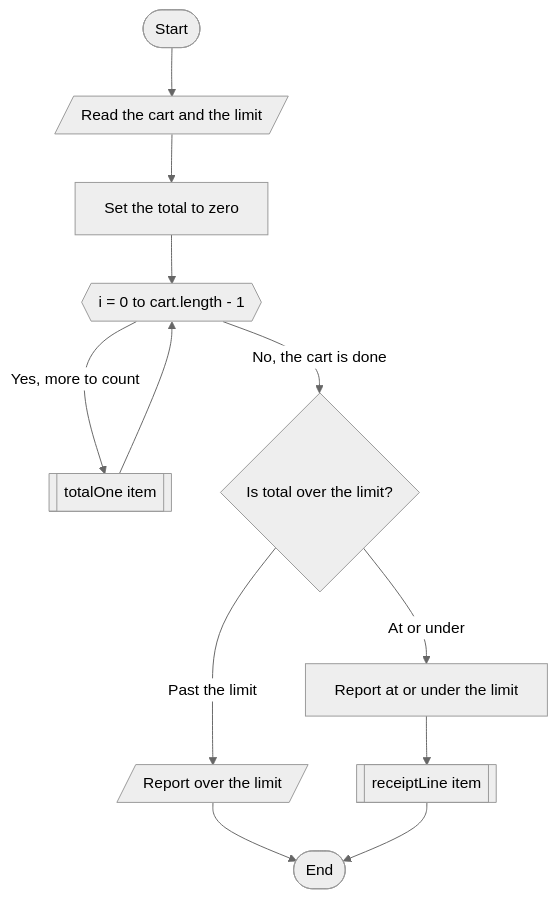
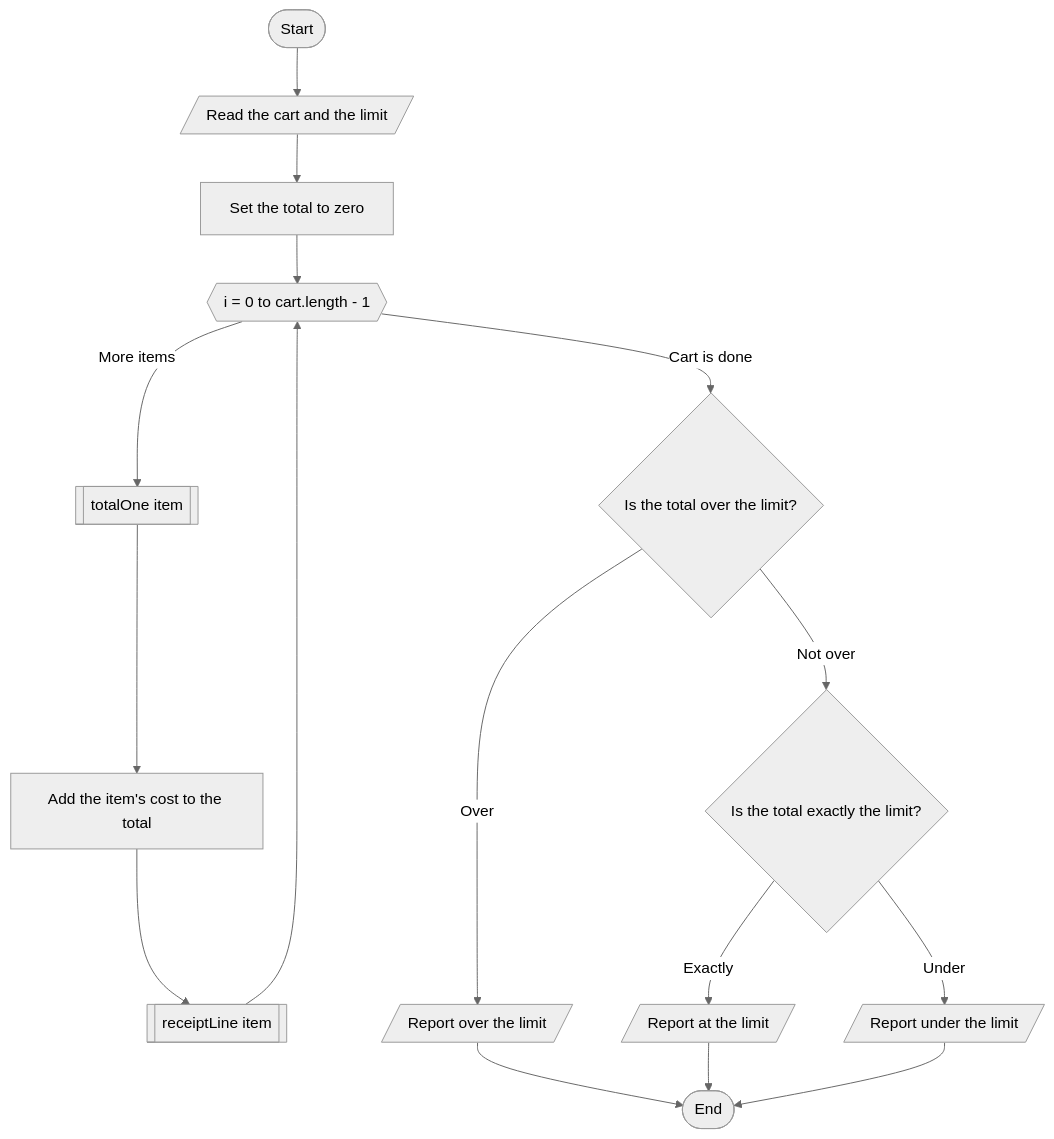
The diagram in lessons/3-10-4-ch3-individual-pa-chart-it/solution/chart-price-check.mmd (shuff57/shCode), drawn with Mermaid (neutral theme) before and after one commit. The commit also changed 5 other files, not shown here.

First line of the commit message:
fix(tests): reference charts match their own problems; 2.7.4 page says a switch is chained diamonds

```diff
--- a/lessons/3-10-4-ch3-individual-pa-chart-it/solution/chart-price-check.mmd
+++ b/lessons/3-10-4-ch3-individual-pa-chart-it/solution/chart-price-check.mmd
@@ -1,22 +1,29 @@
 flowchart TD
   A([Start])
   B[/Read the cart and the limit/]
   C[Set the total to zero]
   D{{i = 0 to cart.length - 1}}
-  F[[totalOne item]]
-  G{Is total over the limit?}
-  H[/Report over the limit/]
-  I[Report at or under the limit]
-  J[[receiptLine item]]
+  E[[totalOne item]]
+  F[Add the item's cost to the total]
+  G[[receiptLine item]]
+  H{Is the total over the limit?}
+  I[/Report over the limit/]
+  J{Is the total exactly the limit?}
+  K[/Report at the limit/]
+  L[/Report under the limit/]
   Z([End])
   A --> B
   B --> C
   C --> D
-  D -- "Yes, more to count" --> F
-  F --> D
-  D -- "No, the cart is done" --> G
-  G -- "Past the limit" --> H
-  G -- "At or under" --> I
-  H --> Z
-  I --> J
-  J --> Z
+  D -- "More items" --> E
+  E --> F
+  F --> G
+  G --> D
+  D -- "Cart is done" --> H
+  H -- "Over" --> I
+  H -- "Not over" --> J
+  J -- "Exactly" --> K
+  J -- "Under" --> L
+  I --> Z
+  K --> Z
+  L --> Z
```
